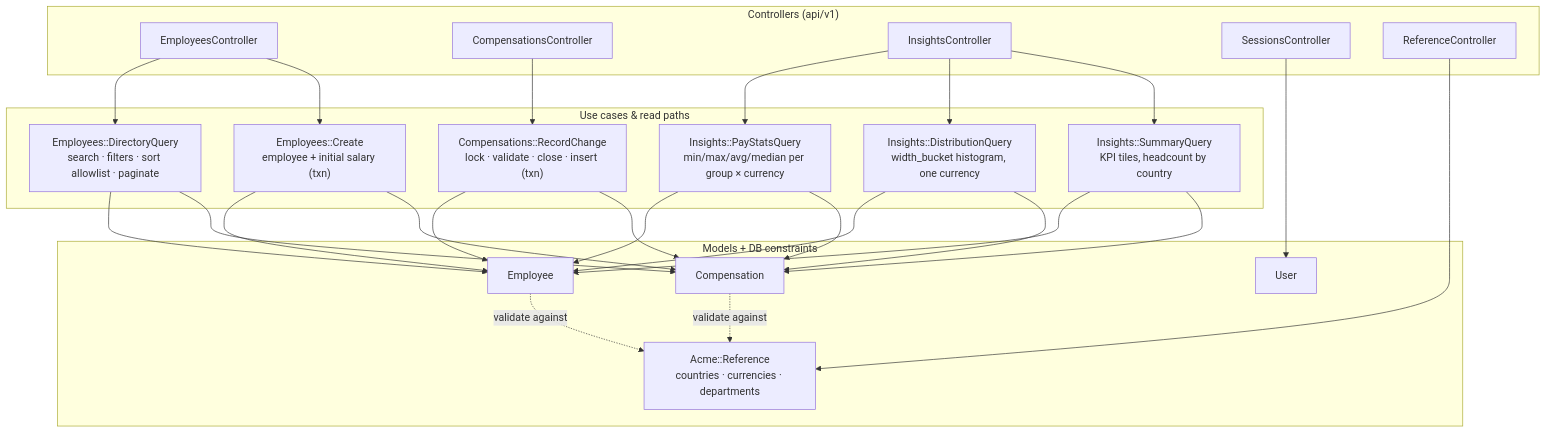
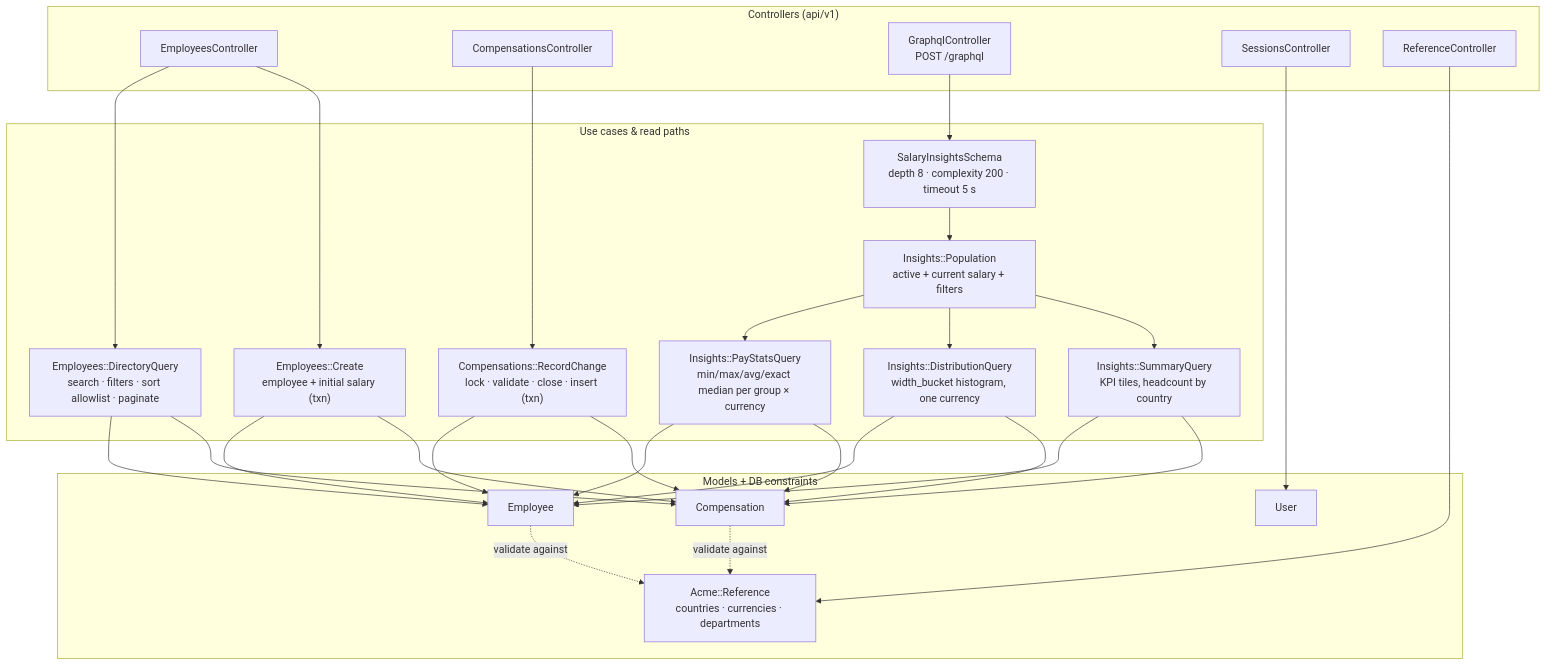
The third of 9 diagrams in docs/architecture-diagrams.md (sravan44/salary-dashboard), drawn with Mermaid before and after one commit. The commit also changed other lines of this file and 92 other files, not shown here.

First line of the commit message:
M6: pay dashboard over GraphQL with Highcharts

````diff
--- a/docs/architecture-diagrams.md
+++ b/docs/architecture-diagrams.md
@@ -42,31 +42,34 @@
 ```mermaid
 flowchart TB
   subgraph Controllers["Controllers (api/v1)"]
     EC[EmployeesController]
     CC[CompensationsController]
-    IC[InsightsController]
+    GC["GraphqlController<br/>POST /graphql"]
     SC[SessionsController]
     RC[ReferenceController]
   end
   subgraph Domain["Use cases & read paths"]
     DQ["Employees::DirectoryQuery<br/>search · filters · sort allowlist · paginate"]
     CE["Employees::Create<br/>employee + initial salary (txn)"]
     RCH["Compensations::RecordChange<br/>lock · validate · close · insert (txn)"]
-    PSQ["Insights::PayStatsQuery<br/>min/max/avg/median per group × currency"]
+    GQL["SalaryInsightsSchema<br/>depth 8 · complexity 200 · timeout 5 s"]
+    POP["Insights::Population<br/>active + current salary + filters"]
+    PSQ["Insights::PayStatsQuery<br/>min/max/avg/exact median per group × currency"]
     DSQ["Insights::DistributionQuery<br/>width_bucket histogram, one currency"]
     SUQ["Insights::SummaryQuery<br/>KPI tiles, headcount by country"]
   end
   subgraph Models["Models + DB constraints"]
     EM[Employee]
     CM[Compensation]
     UM[User]
     REF["Acme::Reference<br/>countries · currencies · departments"]
   end
   EC --> DQ & CE
   CC --> RCH
-  IC --> PSQ & DSQ & SUQ
+  GC --> GQL --> POP
+  POP --> PSQ & DSQ & SUQ
   SC --> UM
   RC --> REF
   DQ & CE & RCH & PSQ & DSQ & SUQ --> EM & CM
   EM & CM -. validate against .-> REF
 ```
````
